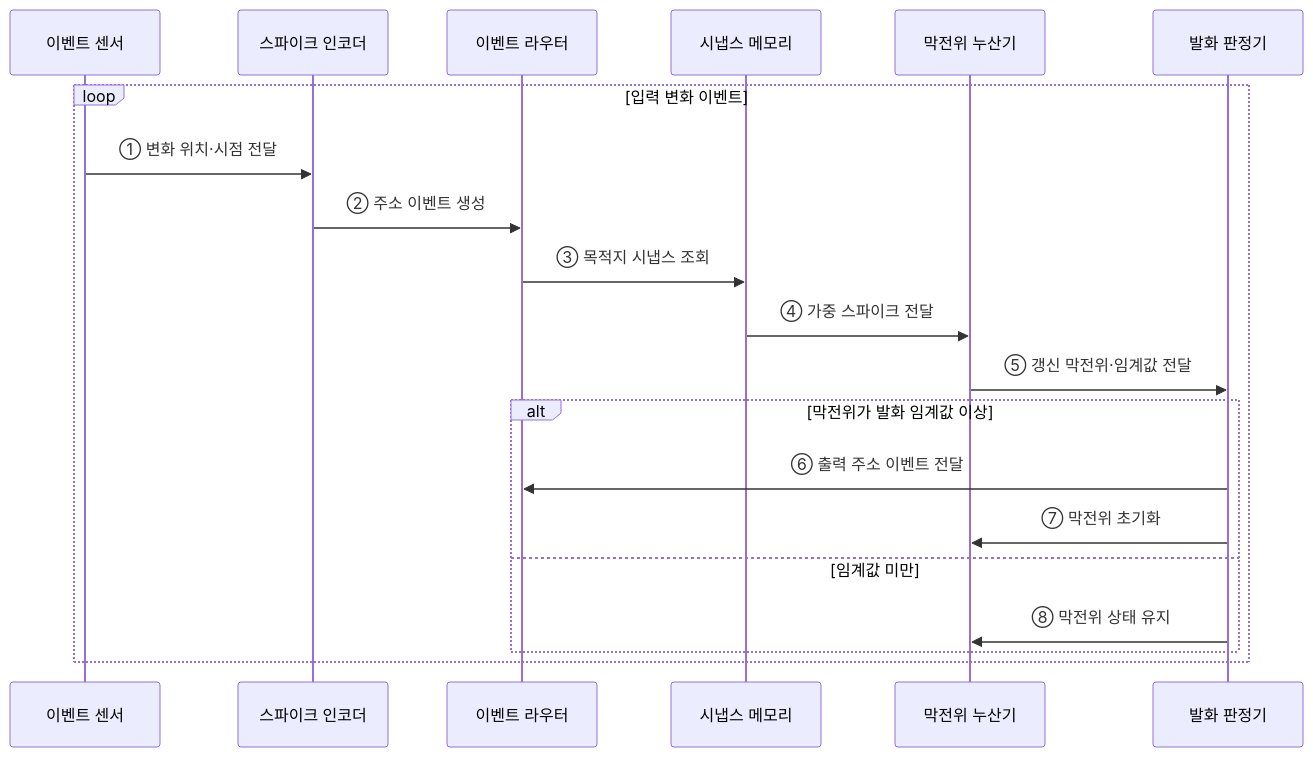
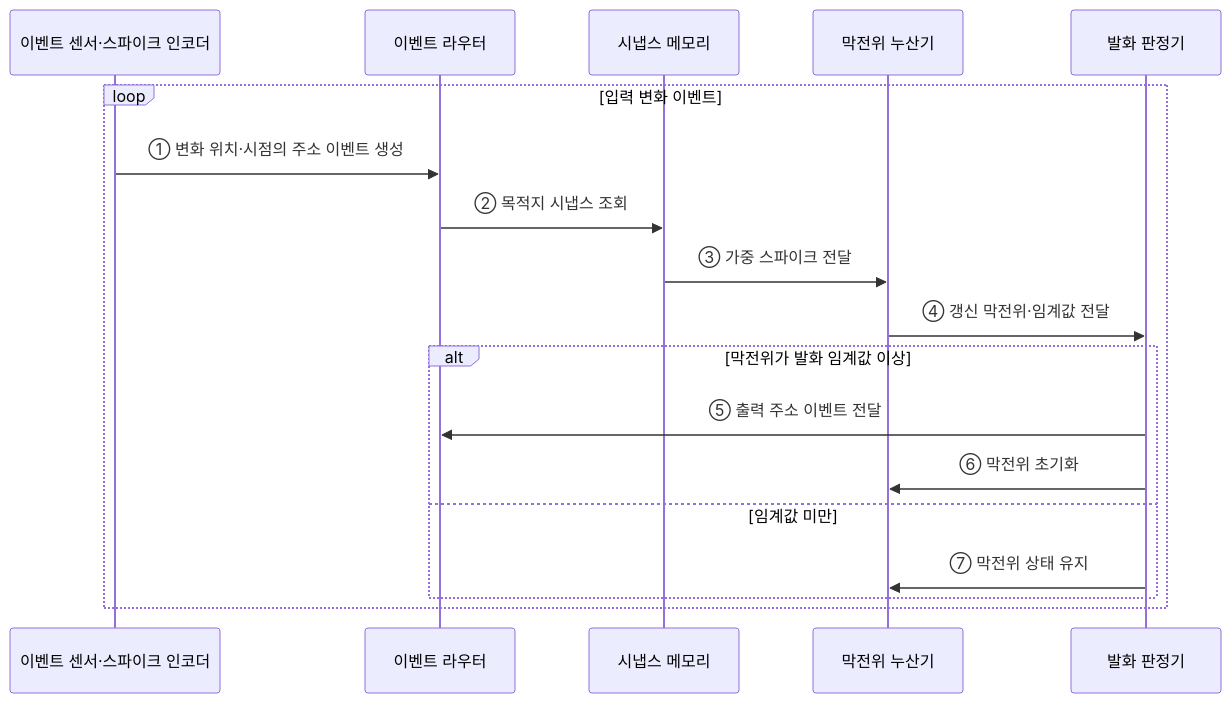
One commit to agnusdei1207/knowledge-base changed the second of 2 diagrams in src/content/docs/notes/02-hardware/051_neuromorphic_computing.md. Above: the diagram before and after it, drawn with Mermaid. The commit also changed other lines of this file and 20 other files, not shown here.

````diff
--- a/src/content/docs/notes/02-hardware/051_neuromorphic_computing.md
+++ b/src/content/docs/notes/02-hardware/051_neuromorphic_computing.md
@@ -87,23 +78,21 @@
 ```mermaid
 sequenceDiagram
-    participant S as 이벤트 센서
-    participant E as 스파이크 인코더
+    participant S as 이벤트 센서·스파이크 인코더
     participant R as 이벤트 라우터
     participant M as 시냅스 메모리
     participant N as 막전위 누산기
     participant F as 발화 판정기
 
     loop 입력 변화 이벤트
-        S->>E: ① 변화 위치·시점 전달
-        E->>R: ② 주소 이벤트 생성
-        R->>M: ③ 목적지 시냅스 조회
-        M->>N: ④ 가중 스파이크 전달
-        N->>F: ⑤ 갱신 막전위·임계값 전달
+        S->>R: ① 변화 위치·시점의 주소 이벤트 생성
+        R->>M: ② 목적지 시냅스 조회
+        M->>N: ③ 가중 스파이크 전달
+        N->>F: ④ 갱신 막전위·임계값 전달
         alt 막전위가 발화 임계값 이상
-            F->>R: ⑥ 출력 주소 이벤트 전달
-            F->>N: ⑦ 막전위 초기화
+            F->>R: ⑤ 출력 주소 이벤트 전달
+            F->>N: ⑥ 막전위 초기화
         else 임계값 미만
-            F->>N: ⑧ 막전위 상태 유지
+            F->>N: ⑦ 막전위 상태 유지
         end
     end
 ```
````
